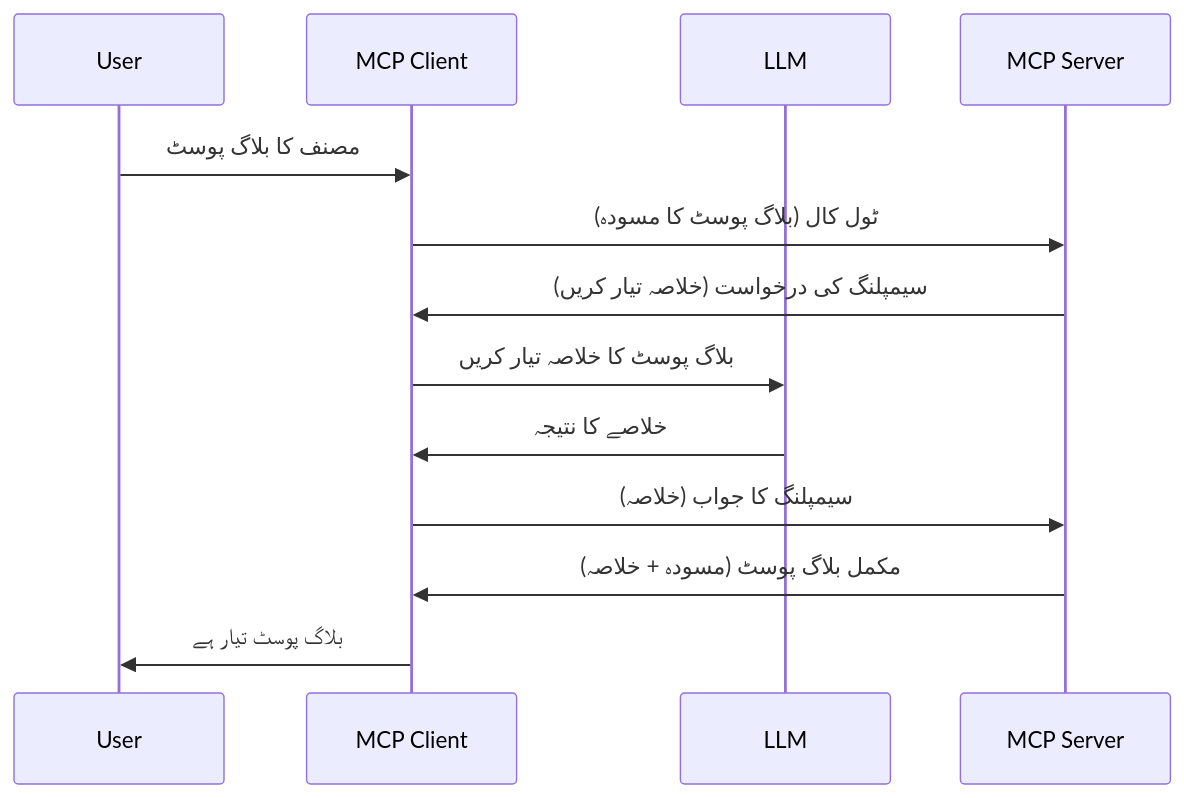
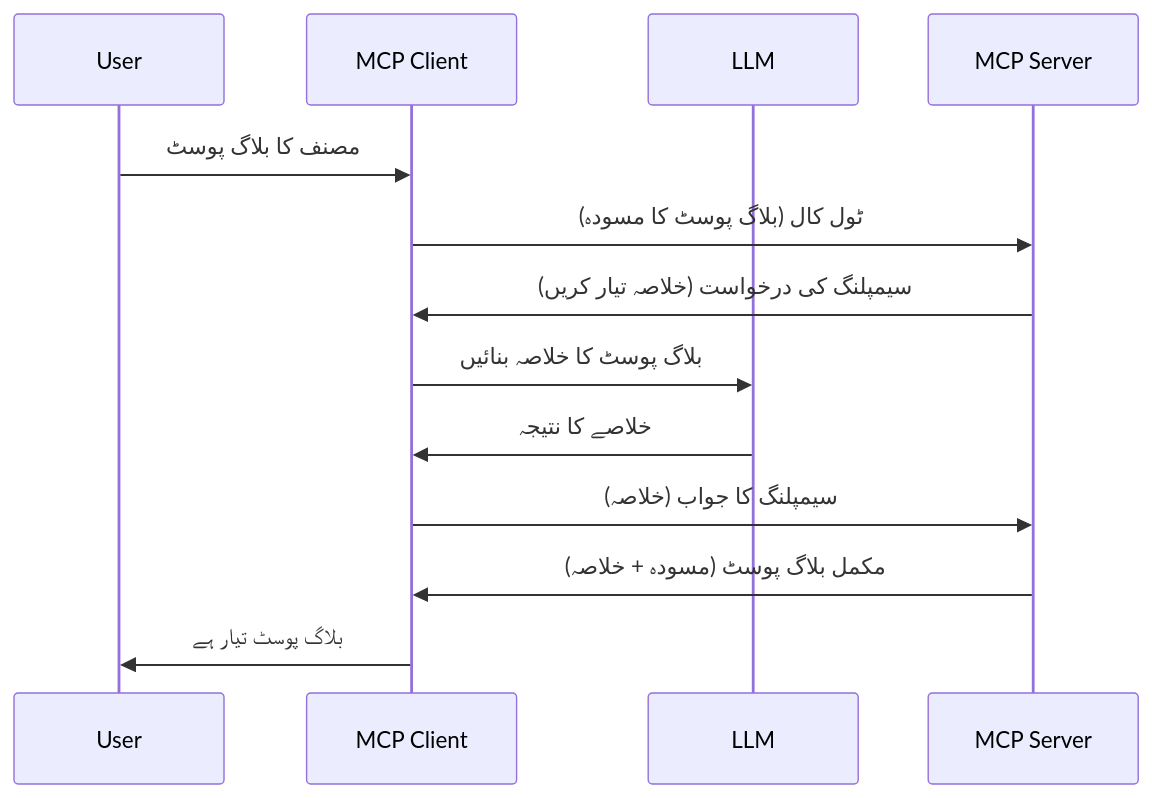
One commit to HIDORAKAI002/ai-workspace-archive changed the diagram in mcp_ecosystem__model_context_protocol/mcp_learning_resources/mcp-for-beginners/translations/ur/03-GettingStarted/14-sampling/README.md. Above: the diagram before and after it, drawn with Mermaid. The commit also changed other lines of this file and 5721 other files, not shown here.

````diff
--- a/mcp_ecosystem__model_context_protocol/mcp_learning_resources/mcp-for-beginners/translations/ur/03-GettingStarted/14-sampling/README.md
+++ b/mcp_ecosystem__model_context_protocol/mcp_learning_resources/mcp-for-beginners/translations/ur/03-GettingStarted/14-sampling/README.md
@@ -25,16 +27,16 @@
 ```mermaid
 sequenceDiagram
     participant User
     participant MCP Client
     participant LLM
     participant MCP Server
 
     User->>MCP Client: مصنف کا بلاگ پوسٹ
     MCP Client->>MCP Server: ٹول کال (بلاگ پوسٹ کا مسودہ)
     MCP Server->>MCP Client: سیمپلنگ کی درخواست (خلاصہ تیار کریں)
-    MCP Client->>LLM: بلاگ پوسٹ کا خلاصہ تیار کریں
+    MCP Client->>LLM: بلاگ پوسٹ کا خلاصہ بنائیں
     LLM->>MCP Client: خلاصے کا نتیجہ
     MCP Client->>MCP Server: سیمپلنگ کا جواب (خلاصہ)
     MCP Server->>MCP Client: مکمل بلاگ پوسٹ (مسودہ + خلاصہ)
     MCP Client->>User: بلاگ پوسٹ تیار ہے
 ```
````
